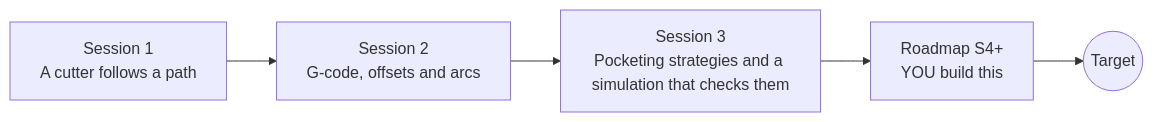
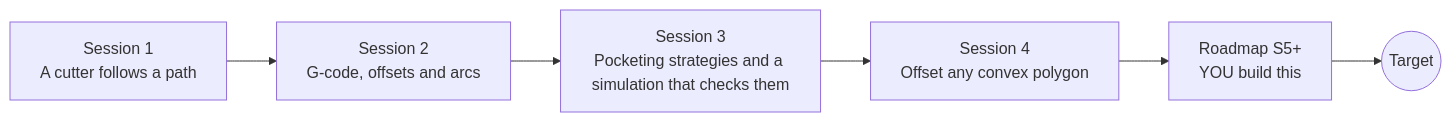
Before and after one commit to KrunalPanchal1995/opencncpath: the diagram in README.md, drawn with Mermaid. The commit also changed other lines of this file and 20 other files, not shown here.

First line of the commit message:
Add Session 4: offset any convex polygon

````diff
--- a/README.md
+++ b/README.md
@@ -87,9 +88,10 @@
 ```mermaid
 flowchart LR
   S1[Session 1<br/>A cutter follows a path]
   S2[Session 2<br/>G-code, offsets and arcs]
   S3[Session 3<br/>Pocketing strategies and a simulation that checks them]
-  R[Roadmap S4+<br/>YOU build this]
+  S4[Session 4<br/>Offset any convex polygon]
+  R[Roadmap S5+<br/>YOU build this]
   T((Target))
-  S1 --> S2 --> S3 --> R --> T
+  S1 --> S2 --> S3 --> S4 --> R --> T
 ```
````
